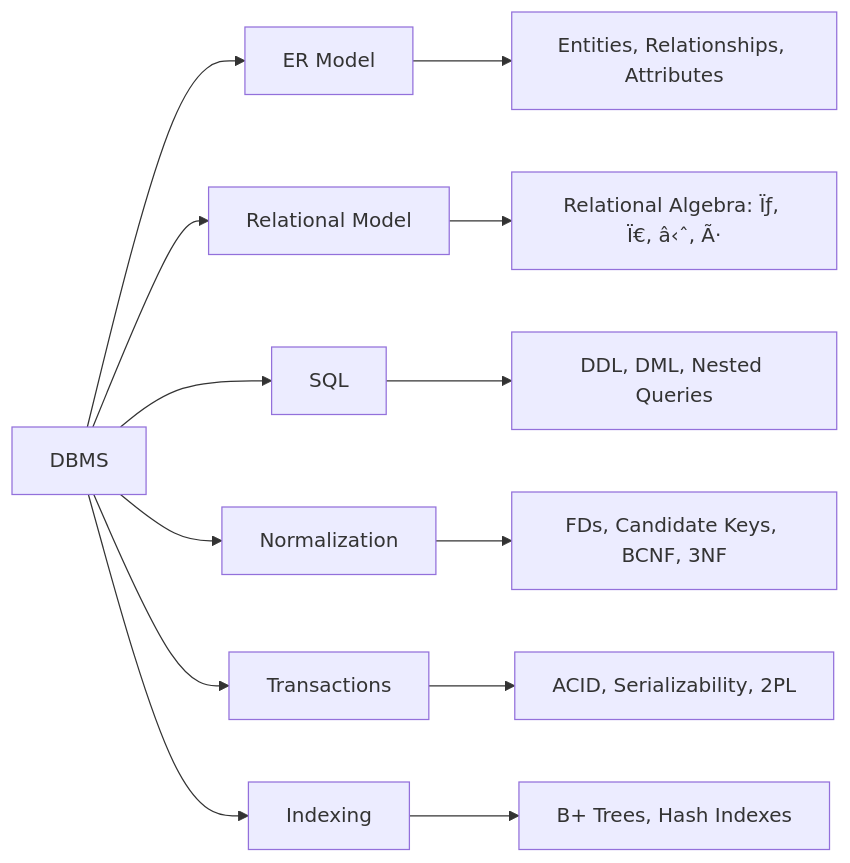
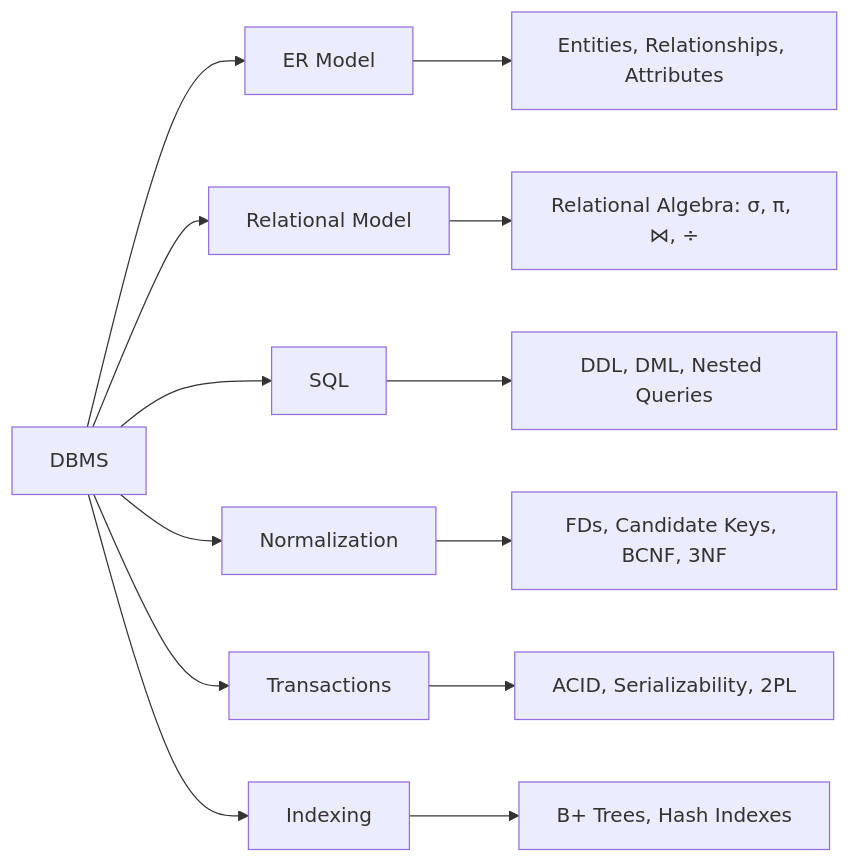
The second of 2 diagrams in docs/courses/gate-cs-preparation/08-database-management-systems.md (Raushan666java/ai-engineering-journey), drawn with Mermaid before and after one commit. The commit also changed other lines of this file and 57 other files, not shown here.

````diff
--- a/docs/courses/gate-cs-preparation/08-database-management-systems.md
+++ b/docs/courses/gate-cs-preparation/08-database-management-systems.md
@@ -2181,15 +2181,15 @@
 ```mermaid
 flowchart LR
     A[DBMS] --> B[ER Model]
     A --> C[Relational Model]
     A --> D[SQL]
     A --> E[Normalization]
     A --> F[Transactions]
     A --> G[Indexing]
     B --> B1[Entities, Relationships, Attributes]
-    C --> C1[Relational Algebra: Ïƒ, Ï€, â‹ˆ, Ã·]
+    C --> C1[Relational Algebra: σ, π, ⋈, ÷]
     D --> D1[DDL, DML, Nested Queries]
     E --> E1[FDs, Candidate Keys, BCNF, 3NF]
     F --> F1[ACID, Serializability, 2PL]
     G --> G1[B+ Trees, Hash Indexes]
 ```
````
